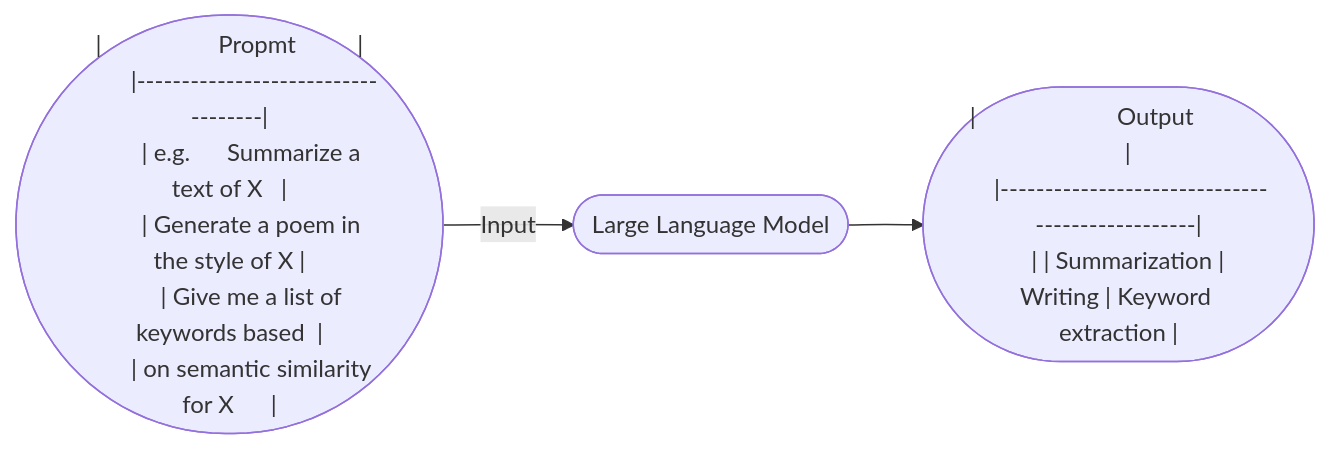
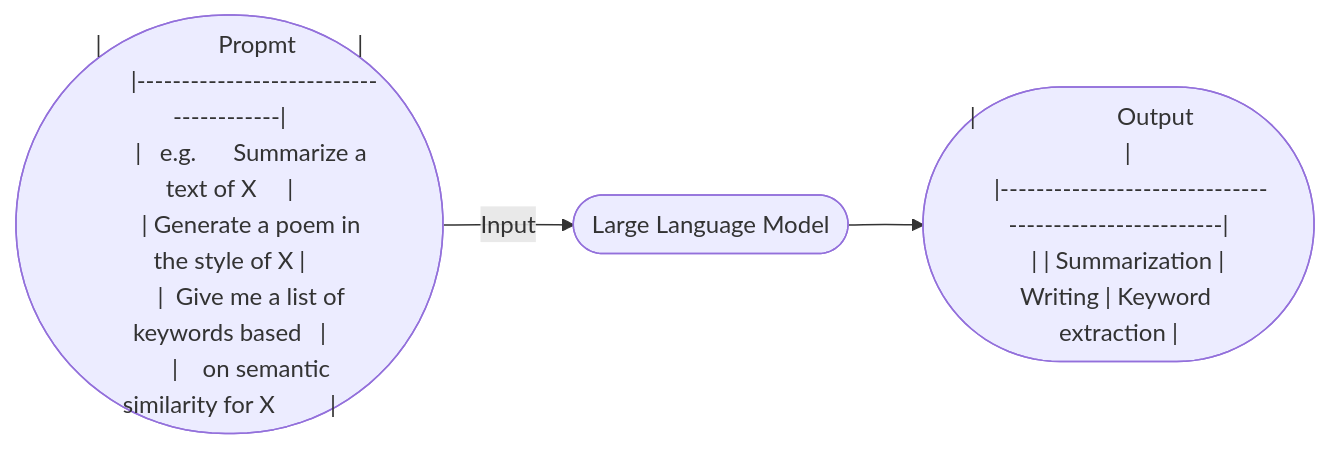
Before and after one commit to ingcdsantamaria/learning_IA: the fourth of 4 diagrams in README.md, drawn with Mermaid.

Commit message:
Se agrega informacion sobre prompts

````diff
--- a/README.md
+++ b/README.md
@@ -231,16 +231,16 @@
 ```mermaid
 flowchart LR
     A(["|                   Propmt          |
-        |-----------------------------------|
-        | e.g.      Summarize a text of X   |
+        |---------------------------------------|
+        |   e.g.      Summarize a text of X     |
         | Generate a poem in the style of X |
-        | Give me a list of keywords based  |
-        | on semantic similarity for X      |"])
+        |  Give me a list of keywords based   |
+        |    on semantic similarity for X         |"])
     B(["Large Language Model"])
     C(["|                       Output               |
-    |------------------------------------------------|
+    |------------------------------------------------------|
     | | Summarization | Writing | Keyword extraction |"])
     A--Input-->B
     B-->C
 
 ```
````
